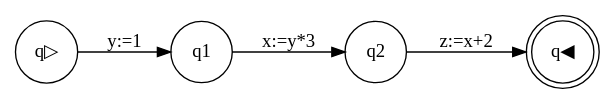
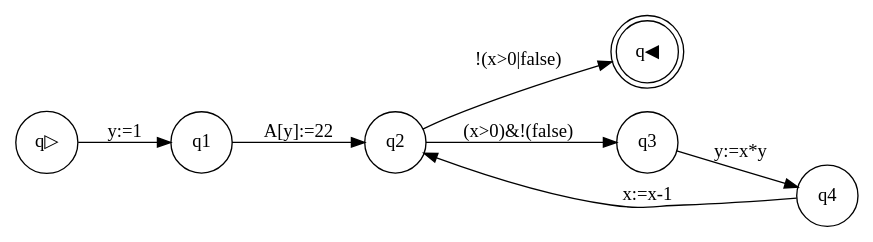
The diagram in Package/DFA.gv (gernsoe/02141_parsing), drawn with Graphviz before and after one commit. The commit also changed 5 other files, not shown here.

```diff
--- a/Package/DFA.gv
+++ b/Package/DFA.gv
@@ -1,8 +1,11 @@
 digraph program_graph {rankdir=LR; 
 node [shape = circle]; q▷; 
 node [shape = doublecircle]; q◀; 
 node [shape = circle]
 q▷ -> q1[label = "y:=1"];
-q1 -> q2[label = "x:=y*3"];
-q2 -> q◀[label = "z:=x+2"];
+q1 -> q2[label = "A[y]:=22"];
+q2 -> q3[label = "(x>0)&!(false)"];
+q3 -> q4[label = "y:=x*y"];
+q4 -> q2[label = "x:=x-1"];
+q2 -> q◀[label = "!(x>0|false)"];
 }
```
